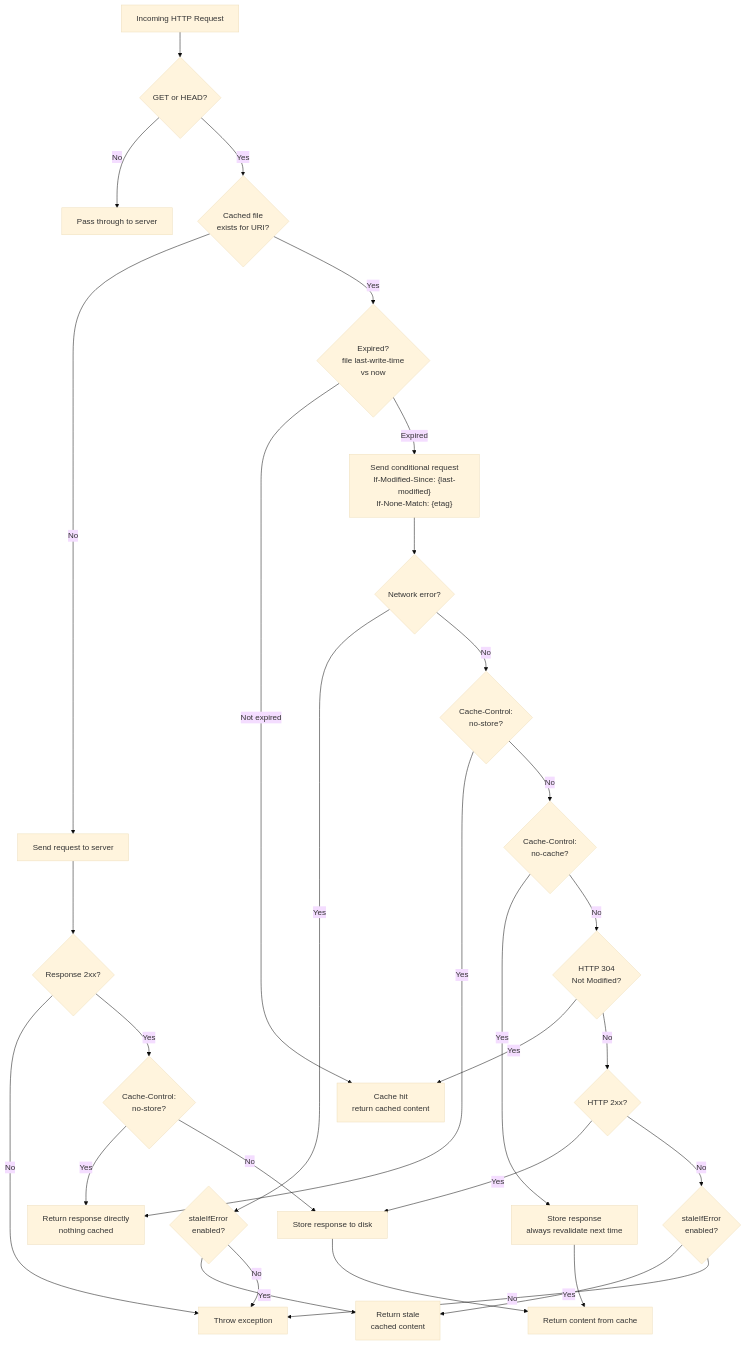
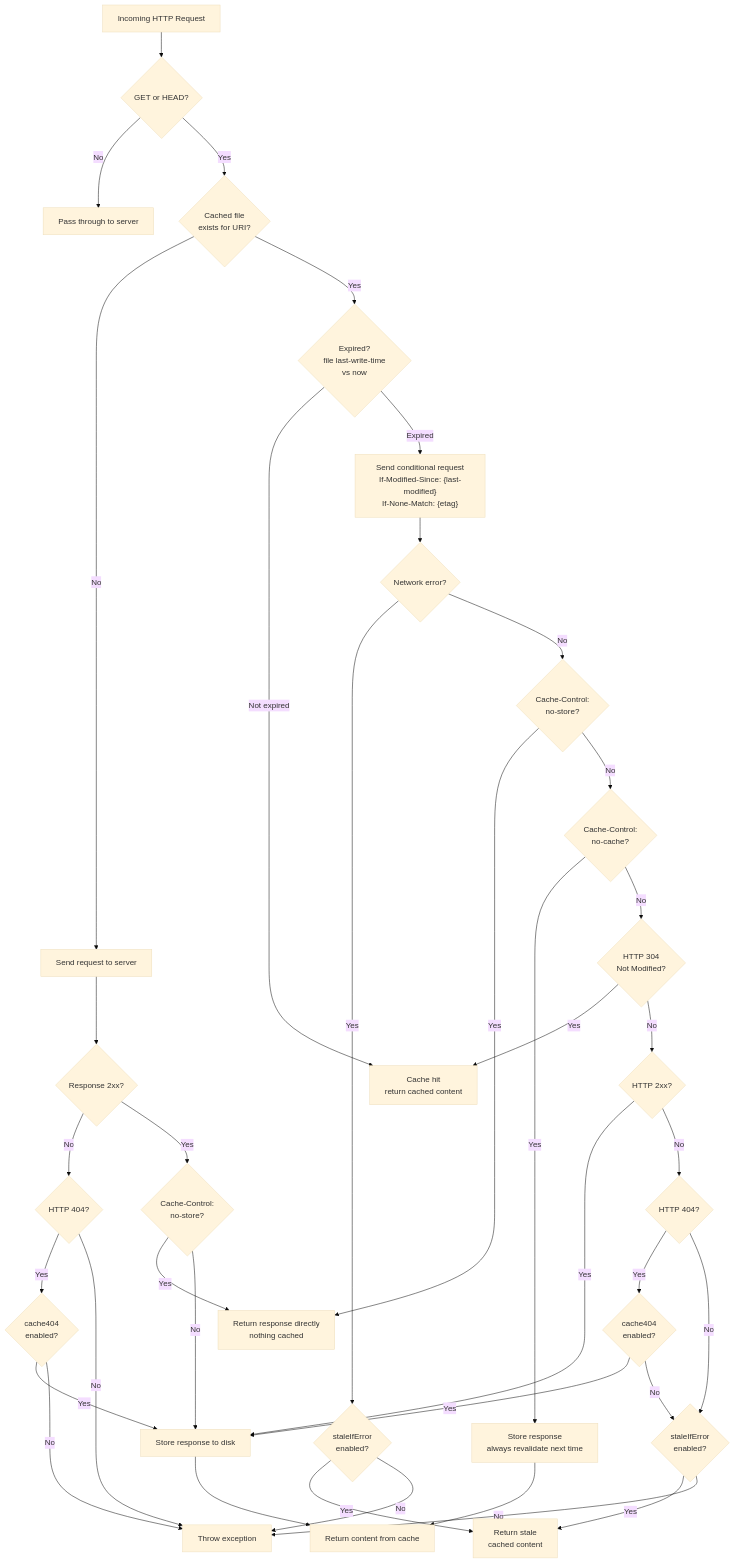
The second of 2 diagrams in readme.md (SimonCropp/Replicant), drawn with Mermaid (base theme) before and after one commit. The commit also changed other lines of this file and 21 other files, not shown here.

````diff
--- a/readme.md
+++ b/readme.md
@@ -377,56 +390,68 @@
 ```mermaid
 graph TD
     Request[Incoming HTTP Request]
     IsGetOrHead{GET or HEAD?}
     Passthrough[Pass through to server]
     CacheExists{Cached file<br/>exists for URI?}
     SendNew[Send request to server]
     IsSuccess{Response 2xx?}
+    Is404{HTTP 404?}
+    IsCache404{cache404<br/>enabled?}
     ThrowException[Throw exception]
     IsNoStoreNew{Cache-Control:<br/>no-store?}
     ReturnDirect[Return response directly<br/>nothing cached]
     Store[Store response to disk]
     ReturnCached[Return content from cache]
     IsExpired{Expired?<br/>file last-write-time<br/>vs now}
     CacheHit[Cache hit<br/>return cached content]
     SendConditional["Send conditional request<br/>If-Modified-Since: {last-modified}<br/>If-None-Match: {etag}"]
     IsNetworkError{Network error?}
     IsStaleIfError{staleIfError<br/>enabled?}
     ReturnStale[Return stale<br/>cached content]
     IsNoStore{Cache-Control:<br/>no-store?}
     IsNoCache{Cache-Control:<br/>no-cache?}
     StoreRevalidate[Store response<br/>always revalidate next time]
     IsNotModified{HTTP 304<br/>Not Modified?}
     IsSuccessRevalidate{HTTP 2xx?}
+    Is404Revalidate{HTTP 404?}
+    IsCache404Revalidate{cache404<br/>enabled?}
     IsStaleIfErrorRevalidate{staleIfError<br/>enabled?}
 
     Request --> IsGetOrHead
     IsGetOrHead -->|No| Passthrough
     IsGetOrHead -->|Yes| CacheExists
     CacheExists -->|No| SendNew
     SendNew --> IsSuccess
-    IsSuccess -->|No| ThrowException
+    IsSuccess -->|No| Is404
+    Is404 -->|Yes| IsCache404
+    IsCache404 -->|Yes| Store
+    IsCache404 -->|No| ThrowException
+    Is404 -->|No| ThrowException
     IsSuccess -->|Yes| IsNoStoreNew
     IsNoStoreNew -->|Yes| ReturnDirect
     IsNoStoreNew -->|No| Store
     Store --> ReturnCached
     CacheExists -->|Yes| IsExpired
     IsExpired -->|Not expired| CacheHit
     IsExpired -->|Expired| SendConditional
     SendConditional --> IsNetworkError
     IsNetworkError -->|Yes| IsStaleIfError
     IsStaleIfError -->|Yes| ReturnStale
     IsStaleIfError -->|No| ThrowException
     IsNetworkError -->|No| IsNoStore
     IsNoStore -->|Yes| ReturnDirect
     IsNoStore -->|No| IsNoCache
     IsNoCache -->|Yes| StoreRevalidate
     StoreRevalidate --> ReturnCached
     IsNoCache -->|No| IsNotModified
     IsNotModified -->|Yes| CacheHit
     IsNotModified -->|No| IsSuccessRevalidate
     IsSuccessRevalidate -->|Yes| Store
-    IsSuccessRevalidate -->|No| IsStaleIfErrorRevalidate
+    IsSuccessRevalidate -->|No| Is404Revalidate
+    Is404Revalidate -->|Yes| IsCache404Revalidate
+    IsCache404Revalidate -->|Yes| Store
+    IsCache404Revalidate -->|No| IsStaleIfErrorRevalidate
+    Is404Revalidate -->|No| IsStaleIfErrorRevalidate
     IsStaleIfErrorRevalidate -->|Yes| ReturnStale
     IsStaleIfErrorRevalidate -->|No| ThrowException
 ```
````
